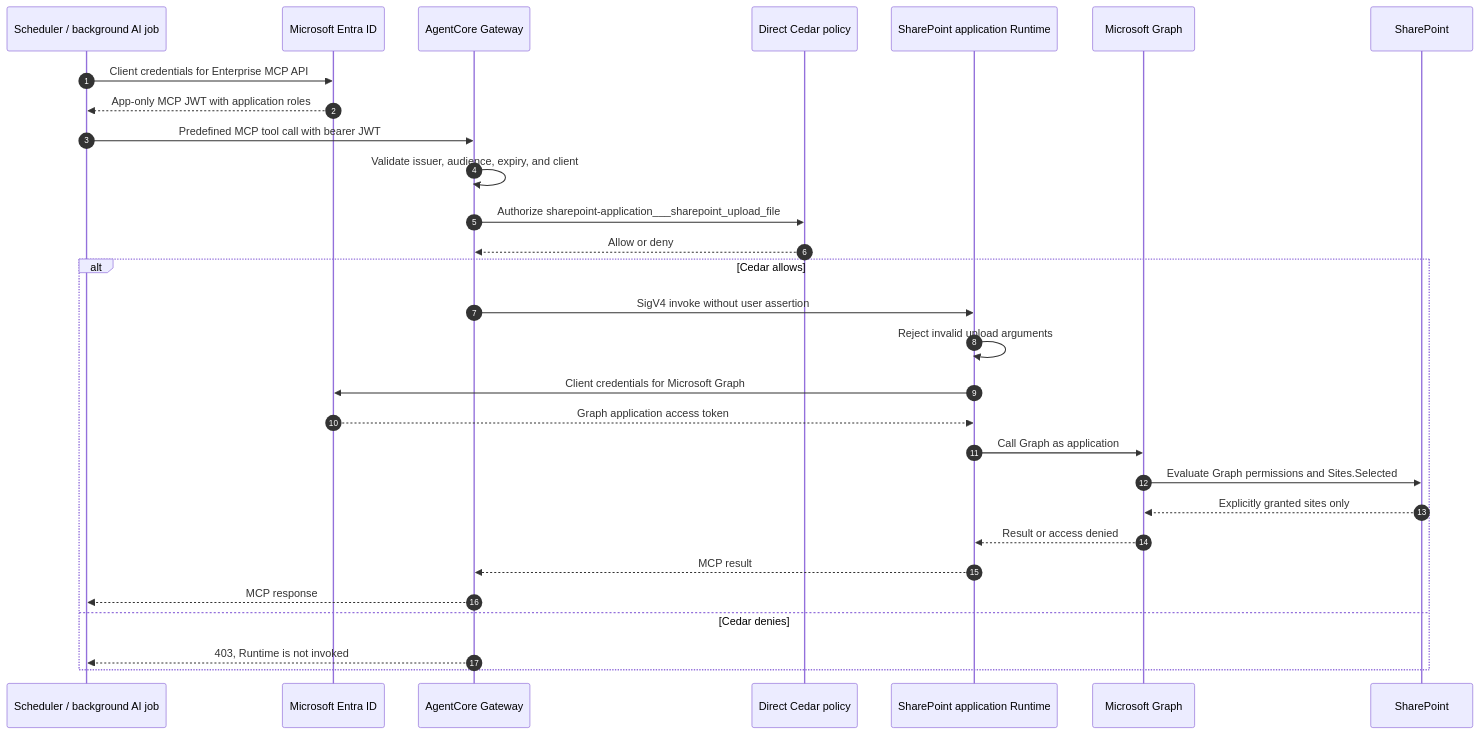
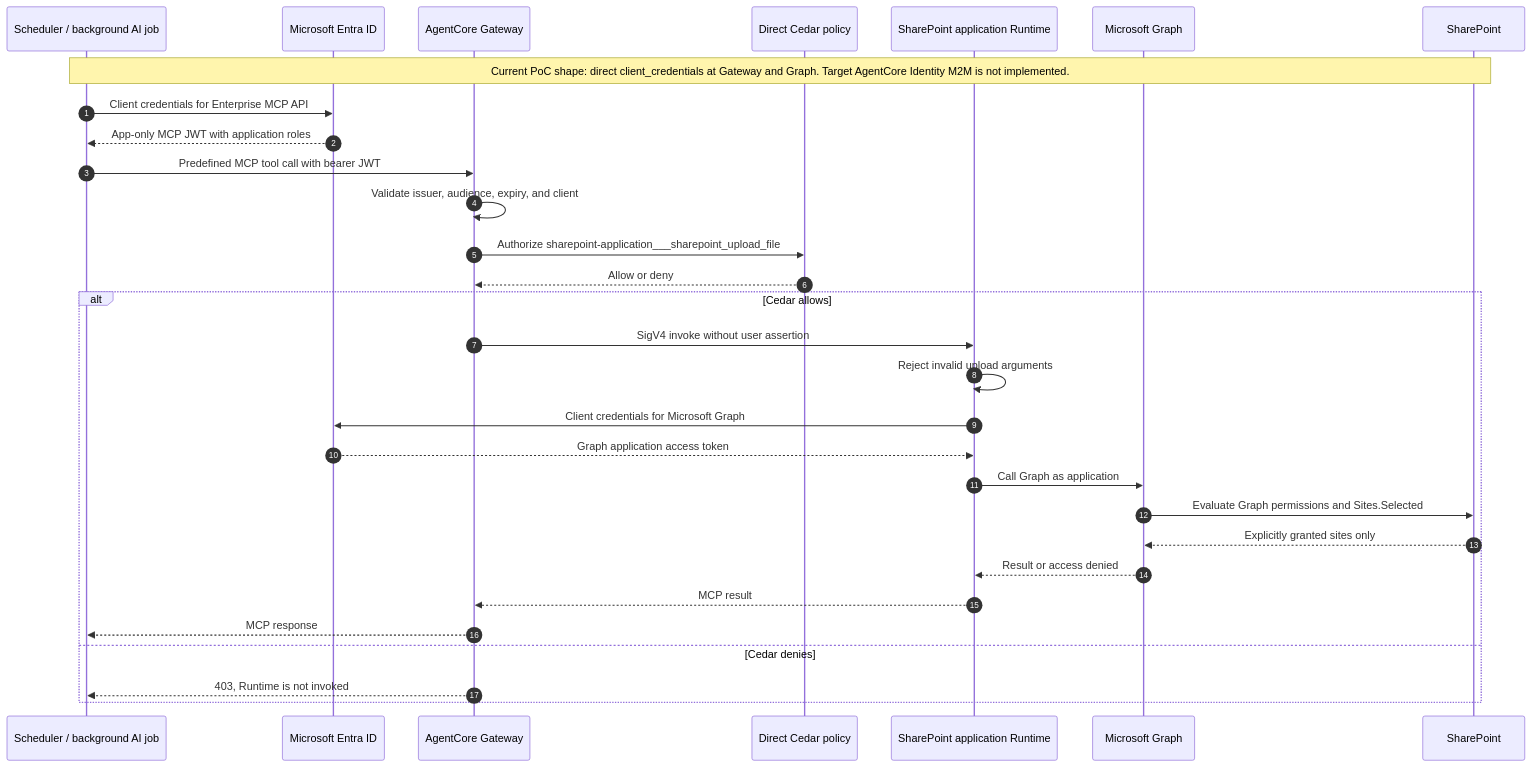
One commit to ron8520/mcp_poc changed the diagram in docs/architecture/people-assist-sequence.mmd. Above: the diagram before and after it, drawn with Mermaid. The commit also changed 95 other files, not shown here.

```diff
--- a/docs/architecture/people-assist-sequence.mmd
+++ b/docs/architecture/people-assist-sequence.mmd
@@ -1,30 +1,35 @@
+%% Current PoC application-lane shape. App-only Gateway ingress remains gated
+%% off. The target replaces direct downstream client credentials with a
+%% lane-scoped AgentCore Identity M2M provider after caller validation.
 sequenceDiagram
     autonumber
     participant Scheduler as Scheduler / background AI job
     participant Entra as Microsoft Entra ID
     participant GW as AgentCore Gateway
     participant Cedar as Direct Cedar policy
     participant AutoRT as SharePoint application Runtime
     participant Graph as Microsoft Graph
     participant SP as SharePoint
+
+    Note over Scheduler,SP: Current PoC shape: direct client_credentials at Gateway and Graph. Target AgentCore Identity M2M is not implemented.
 
     Scheduler->>Entra: Client credentials for Enterprise MCP API
     Entra-->>Scheduler: App-only MCP JWT with application roles
     Scheduler->>GW: Predefined MCP tool call with bearer JWT
     GW->>GW: Validate issuer, audience, expiry, and client
     GW->>Cedar: Authorize sharepoint-application___sharepoint_upload_file
     Cedar-->>GW: Allow or deny
     alt Cedar allows
         GW->>AutoRT: SigV4 invoke without user assertion
         AutoRT->>AutoRT: Reject invalid upload arguments
         AutoRT->>Entra: Client credentials for Microsoft Graph
         Entra-->>AutoRT: Graph application access token
         AutoRT->>Graph: Call Graph as application
         Graph->>SP: Evaluate Graph permissions and Sites.Selected
         SP-->>Graph: Explicitly granted sites only
         Graph-->>AutoRT: Result or access denied
         AutoRT-->>GW: MCP result
         GW-->>Scheduler: MCP response
     else Cedar denies
         GW-->>Scheduler: 403, Runtime is not invoked
     end
```
